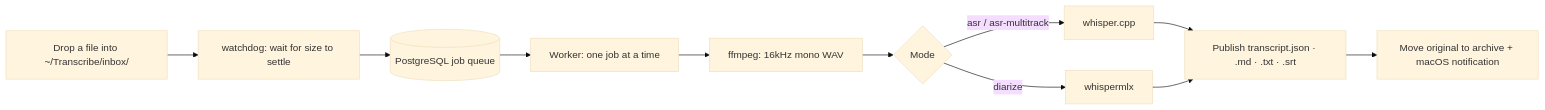
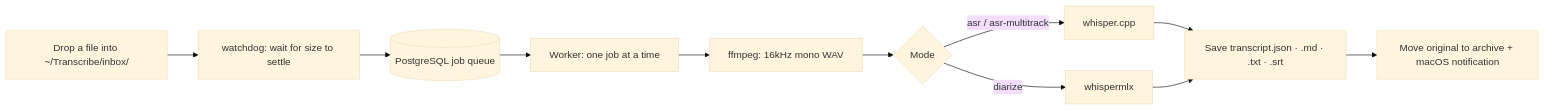
Before and after one commit to Chuseok22/transcribe-inbox: the diagram in README.md, drawn with Mermaid (base theme). The commit also changed other lines of this file and 2 other files, not shown here.

````diff
--- a/README.md
+++ b/README.md
@@ -37,13 +37,13 @@
 ```mermaid
 flowchart LR
   A["Drop a file into ~/Transcribe/inbox/"] --> B["watchdog: wait for size to settle"]
   B --> C[("PostgreSQL job queue")]
   C --> D["Worker: one job at a time"]
   D --> E["ffmpeg: 16kHz mono WAV"]
   E --> F{"Mode"}
   F -->|"asr / asr-multitrack"| G["whisper.cpp"]
   F -->|"diarize"| H["whispermlx"]
-  G --> I["Publish transcript.json · .md · .txt · .srt"]
+  G --> I["Save transcript.json · .md · .txt · .srt"]
   H --> I
   I --> J["Move original to archive + macOS notification"]
 ```
````
